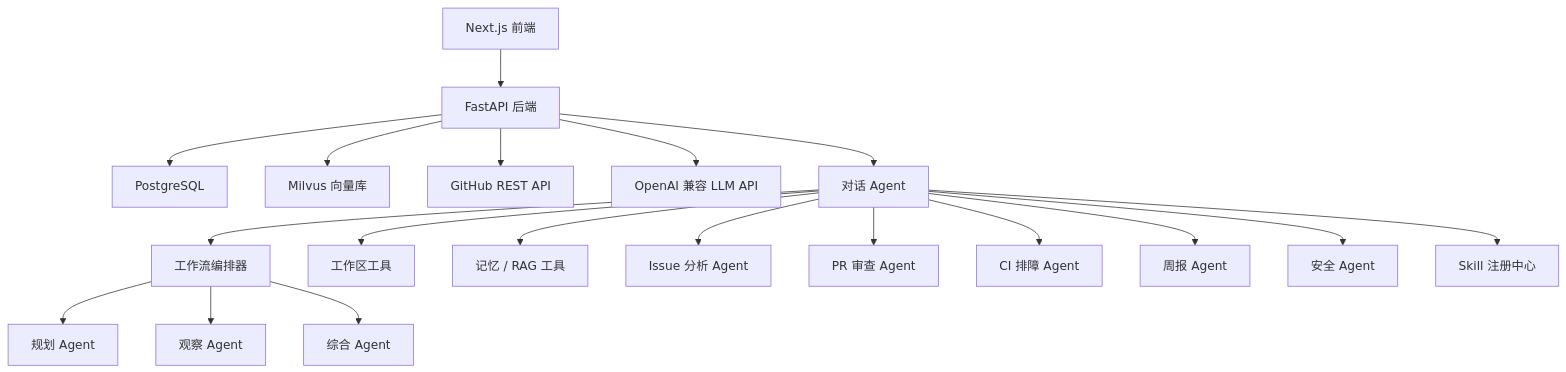
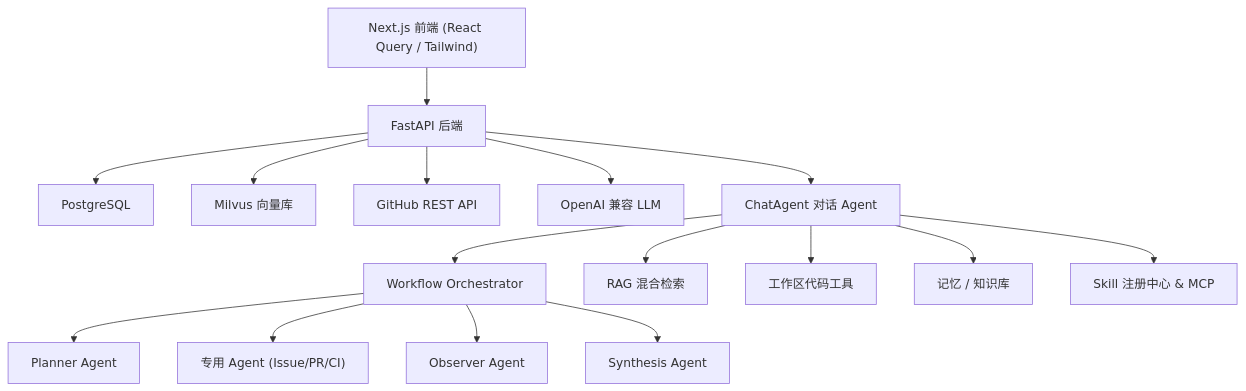
The diagram in README.md (Destiny-like/FlowPilot-Agent), drawn with Mermaid before and after one commit. The commit also changed other lines of this file and 10 other files, not shown here.

````diff
--- a/README.md
+++ b/README.md
@@ -30,21 +49,18 @@
 ```mermaid
 flowchart TD
-    FE["Next.js 前端"] --> API["FastAPI 后端"]
+    FE["Next.js 前端 (React Query / Tailwind)"] --> API["FastAPI 后端"]
     API --> DB["PostgreSQL"]
     API --> Milvus["Milvus 向量库"]
     API --> GH["GitHub REST API"]
-    API --> LLM["OpenAI 兼容 LLM API"]
-    API --> Conv["对话 Agent"]
-    Conv --> Workflow["工作流编排器"]
-    Workflow --> Planner["规划 Agent"]
-    Workflow --> Observer["观察 Agent"]
-    Workflow --> Synthesis["综合 Agent"]
-    Conv --> Workspace["工作区工具"]
-    Conv --> Memory["记忆 / RAG 工具"]
-    Conv --> Issue["Issue 分析 Agent"]
-    Conv --> PR["PR 审查 Agent"]
-    Conv --> CI["CI 排障 Agent"]
-    Conv --> Report["周报 Agent"]
-    Conv --> Safety["安全 Agent"]
-    Conv --> Skills["Skill 注册中心"]
+    API --> LLM["OpenAI 兼容 LLM"]
+    API --> Conv["ChatAgent 对话 Agent"]
+    Conv --> Orch["Workflow Orchestrator"]
+    Orch --> Planner["Planner Agent"]
+    Orch --> Specialized["专用 Agent (Issue/PR/CI)"]
+    Orch --> Observer["Observer Agent"]
+    Orch --> Synthesis["Synthesis Agent"]
+    Conv --> RAG["RAG 混合检索"]
+    Conv --> Workspace["工作区代码工具"]
+    Conv --> Memory["记忆 / 知识库"]
+    Conv --> Skills["Skill 注册中心 & MCP"]
 ```
````
